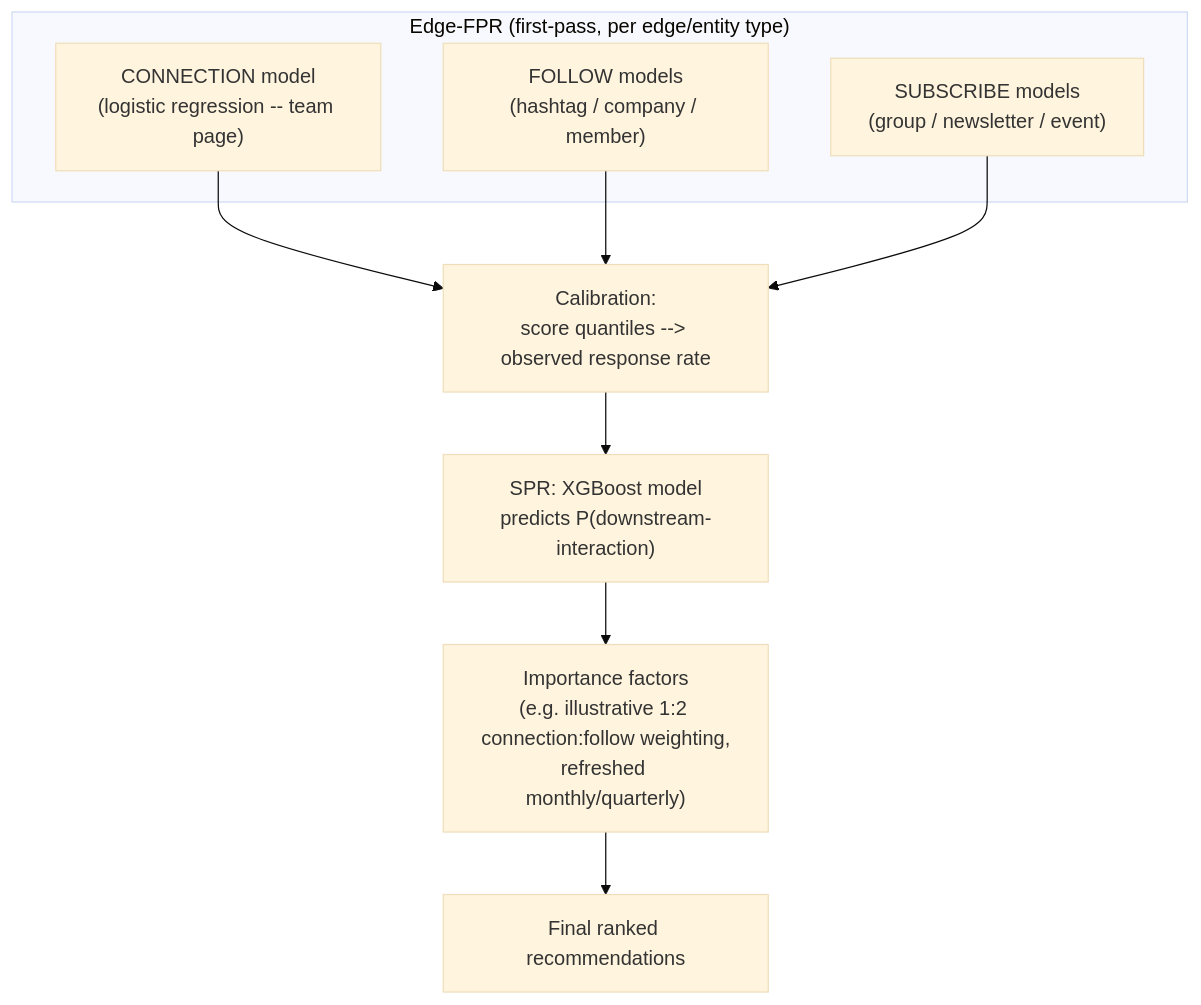
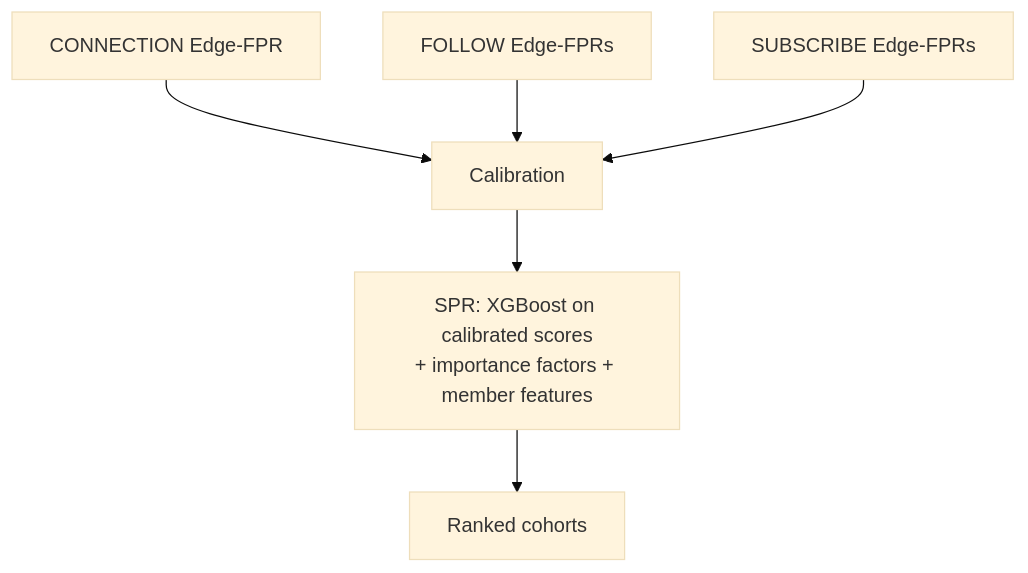
The fourth of 6 diagrams in case-studies/pymk-friend-recommendation/README.md (romancobblepot/AI-system-design-primer), drawn with Mermaid (base theme) before and after one commit. The commit also changed other lines of this file and 49 other files, not shown here.

````diff
--- a/case-studies/pymk-friend-recommendation/README.md
+++ b/case-studies/pymk-friend-recommendation/README.md
@@ -202,14 +201,8 @@
 ```mermaid
 flowchart TB
-    subgraph EdgeFPR["Edge-FPR (first-pass, per edge/entity type)"]
-        C["CONNECTION model\n(logistic regression -- team page)"]
-        F["FOLLOW models\n(hashtag / company / member)"]
-        Su["SUBSCRIBE models\n(group / newsletter / event)"]
-    end
-    C --> Cal["Calibration:\nscore quantiles --> observed response rate"]
-    F --> Cal
-    Su --> Cal
-    Cal --> SPR["SPR: XGBoost model\npredicts P(downstream-interaction)"]
-    SPR --> IF["Importance factors\n(e.g. illustrative 1:2 connection:follow weighting,\nrefreshed monthly/quarterly)"]
-    IF --> Rank["Final ranked recommendations"]
+    C["CONNECTION Edge-FPR"] --> CAL["Calibration"]
+    F["FOLLOW Edge-FPRs"] --> CAL
+    S["SUBSCRIBE Edge-FPRs"] --> CAL
+    CAL --> SPR["SPR: XGBoost on calibrated scores\n+ importance factors + member features"]
+    SPR --> RANK["Ranked cohorts"]
 ```
````
